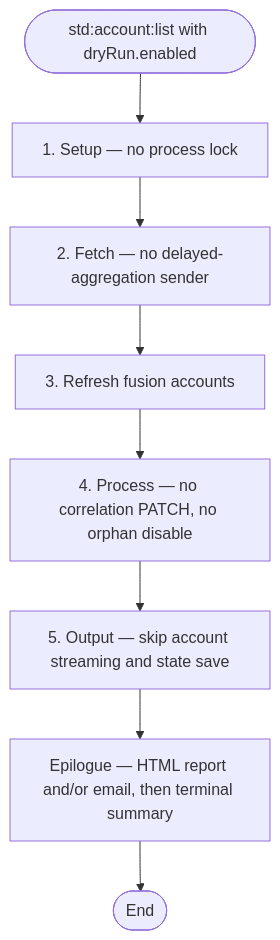
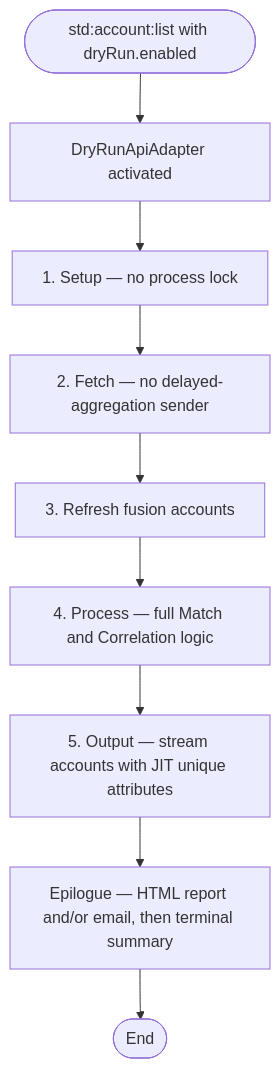
Before and after one commit to fernando-delosrios-sp/colab-saas-conn-sailpoint-identity-fusion: the diagram in docs/operations/dry-run.md, drawn with Mermaid. The commit also changed other lines of this file and 33 other files, not shown here.

First line of the commit message:
feat(dry-run): stream full account output with adapter write inhibition

````diff
--- a/docs/operations/dry-run.md
+++ b/docs/operations/dry-run.md
@@ -46,10 +50,11 @@
 ```mermaid
 flowchart TD
-    Start([std:account:list with dryRun.enabled]) --> Setup[1. Setup — no process lock]
+    Start([std:account:list with dryRun.enabled]) --> Adapter[DryRunApiAdapter activated]
+    Adapter --> Setup[1. Setup — no process lock]
     Setup --> Fetch[2. Fetch — no delayed-aggregation sender]
     Fetch --> Refresh[3. Refresh fusion accounts]
-    Refresh --> Process[4. Process — no correlation PATCH, no orphan disable]
-    Process --> Output[5. Output — skip account streaming and state save]
+    Refresh --> Process[4. Process — full Match and Correlation logic]
+    Process --> Output[5. Output — stream accounts with JIT unique attributes]
     Output --> Epilogue[Epilogue — HTML report and/or email, then terminal summary]
     Epilogue --> End([End])
 ```
````
